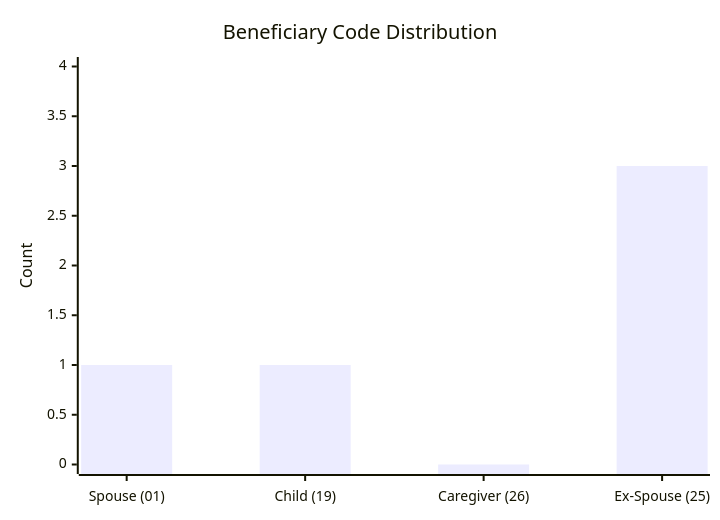
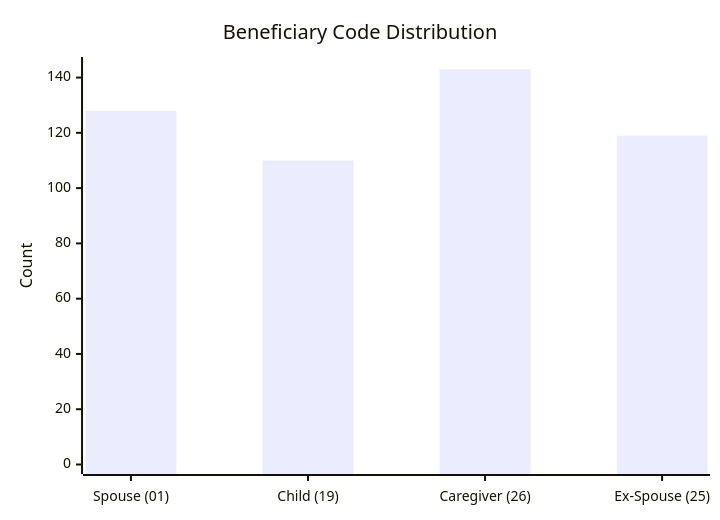
Before and after one commit to dhagan-va/intern-2025: the seventh of 10 diagrams in test-tools/DataGen/src/Statistics_Visualizer.md, drawn with Mermaid. The commit also changed other lines of this file and 4 other files, not shown here.

````diff
--- a/test-tools/DataGen/src/Statistics_Visualizer.md
+++ b/test-tools/DataGen/src/Statistics_Visualizer.md
@@ -79,7 +79,7 @@
 ```mermaid
 xychart-beta
     title "Beneficiary Code Distribution"
     x-axis ["Spouse (01)", "Child (19)", "Caregiver (26)", "Ex-Spouse (25)"]
-    y-axis "Count" 0 --> 4
-    bar [1, 1, 0, 3]
+    y-axis "Count" 0 --> 144
+    bar [128, 110, 143, 119]
 ```
````
